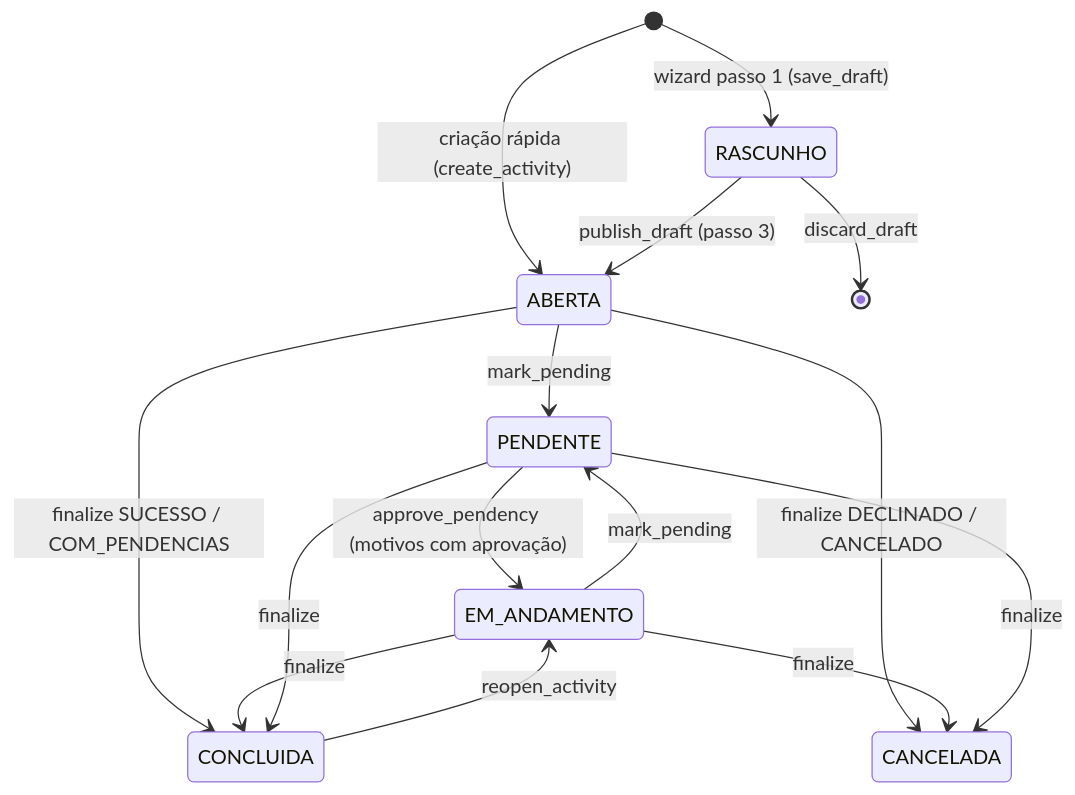
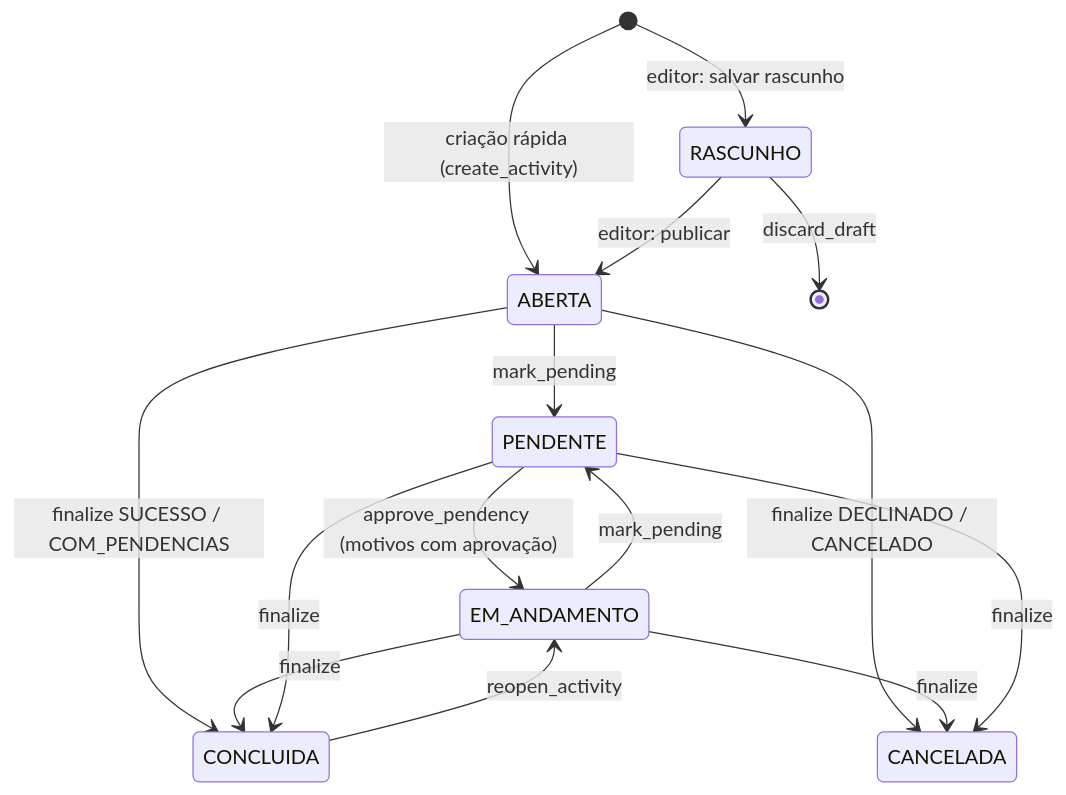
Before and after one commit to Lucasrafael703/workflow: the first of 2 diagrams in docs/06_ATIVIDADES_E_TAREFAS.md, drawn with Mermaid. The commit also changed other lines of this file and 105 other files, not shown here.

````diff
--- a/docs/06_ATIVIDADES_E_TAREFAS.md
+++ b/docs/06_ATIVIDADES_E_TAREFAS.md
@@ -21,17 +21,17 @@
 ```mermaid
 stateDiagram-v2
-    [*] --> RASCUNHO: wizard passo 1 (save_draft)
+    [*] --> RASCUNHO: editor: salvar rascunho
     [*] --> ABERTA: criação rápida (create_activity)
-    RASCUNHO --> ABERTA: publish_draft (passo 3)
+    RASCUNHO --> ABERTA: editor: publicar
     RASCUNHO --> [*]: discard_draft
     ABERTA --> PENDENTE: mark_pending
     EM_ANDAMENTO --> PENDENTE: mark_pending
     PENDENTE --> EM_ANDAMENTO: approve_pendency (motivos com aprovação)
     ABERTA --> CONCLUIDA: finalize SUCESSO / COM_PENDENCIAS
     EM_ANDAMENTO --> CONCLUIDA: finalize
     PENDENTE --> CONCLUIDA: finalize
     ABERTA --> CANCELADA: finalize DECLINADO / CANCELADO
     EM_ANDAMENTO --> CANCELADA: finalize
     PENDENTE --> CANCELADA: finalize
     CONCLUIDA --> EM_ANDAMENTO: reopen_activity
 ```
````
